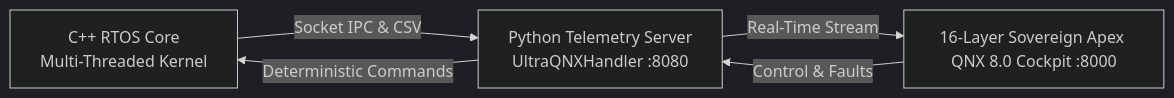
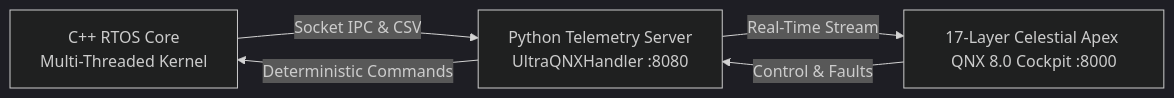
The diagram in README.md (shaikhabdul2015-max/qnx-hackathon-project), drawn with Mermaid (dark theme) before and after one commit. The commit also changed other lines of this file and 1 other file, not shown here.

Commit message:
Add Layer 17 Celestial Apex: AR Windshield HUD, Electrochromic Glass, and Floating Navigator

````diff
--- a/README.md
+++ b/README.md
@@ -9,7 +9,7 @@
 ```mermaid
 graph LR
     A[C++ RTOS Core<br/>Multi-Threaded Kernel] -->|Socket IPC & CSV| B[Python Telemetry Server<br/>UltraQNXHandler :8080]
-    B -->|Real-Time Stream| C[16-Layer Sovereign Apex QNX 8.0 Cockpit :8000]
+    B -->|Real-Time Stream| C[17-Layer Celestial Apex QNX 8.0 Cockpit :8000]
     C -->|Control & Faults| B
     B -->|Deterministic Commands| A
 ```
````
